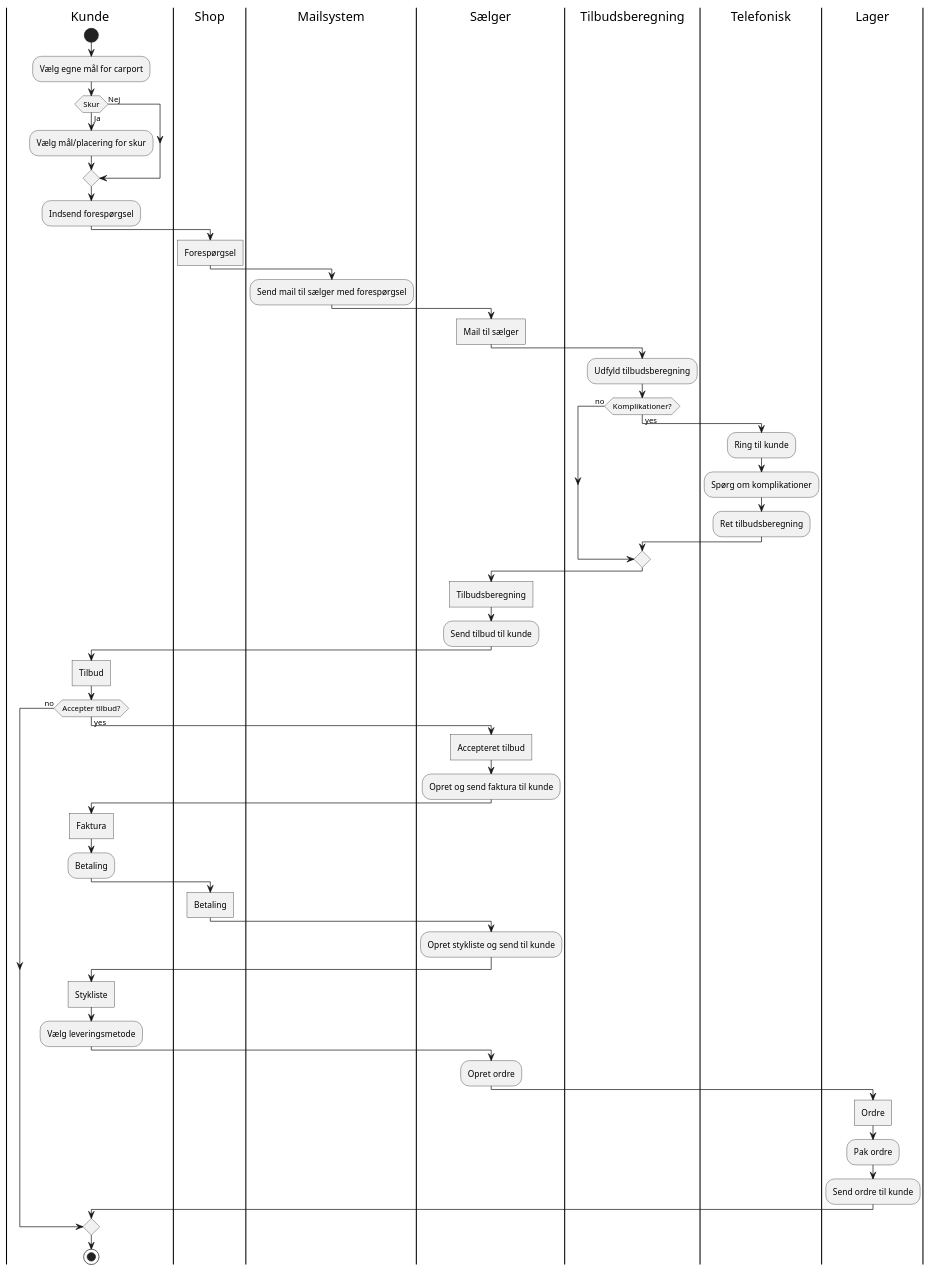
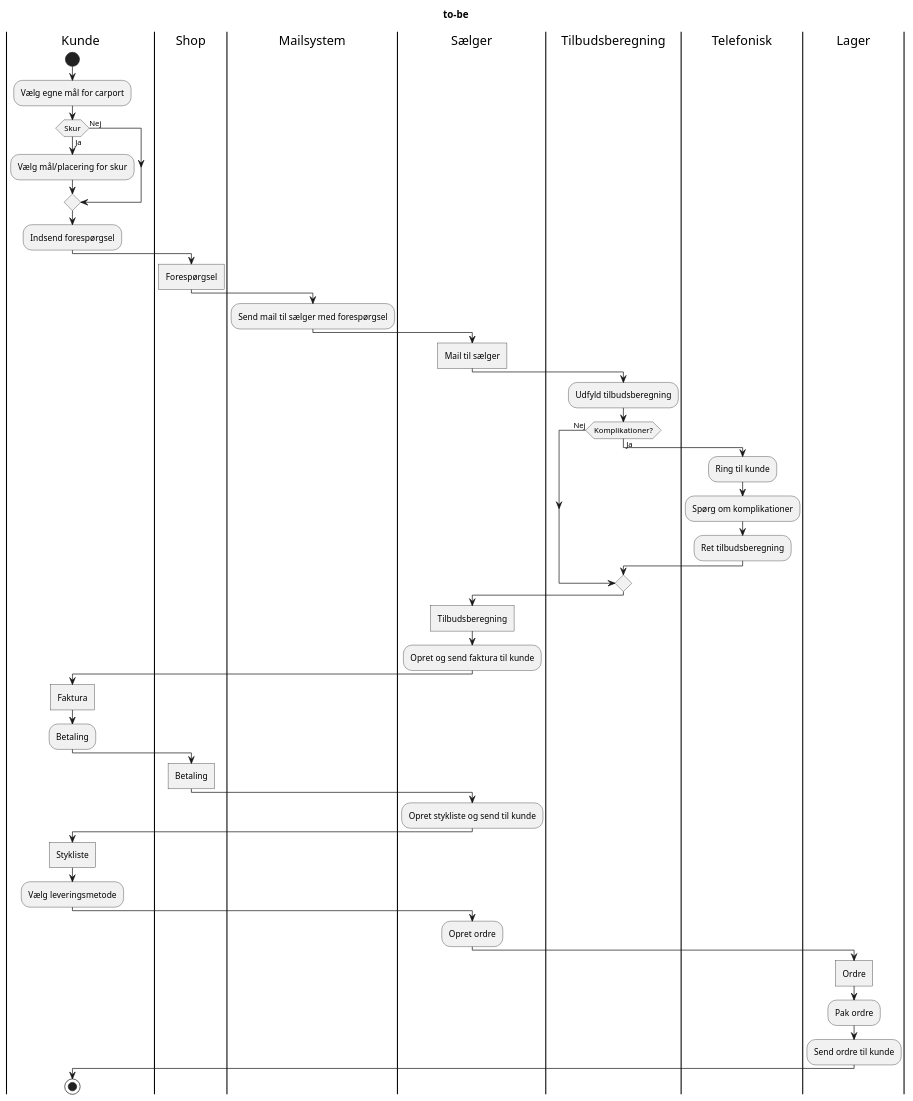
Before and after one commit to mbm1337/Carport: the diagram in models/aktivitetsdiagram.puml, drawn with PlantUML. The commit also changed 7 other files, not shown here.

Commit message:
Diagrams

```diff
--- a/models/aktivitetsdiagram.puml
+++ b/models/aktivitetsdiagram.puml
@@ -1,62 +1,56 @@
 @startuml
 'https://plantuml.com/activity-diagram-beta
 
+Title: to-be
 
 |Kunde|
 start
 :Vælg egne mål for carport;
 if(Skur) then (Ja)
 :Vælg mål/placering for skur;
 else (Nej)
 endif
 :Indsend forespørgsel;
 |Shop|
 :Forespørgsel]
 |Mailsystem|
 :Send mail til sælger med forespørgsel;
 |Sælger|
 :Mail til sælger]
 |Tilbudsberegning|
 :Udfyld tilbudsberegning;
-if (Komplikationer?) is (yes) then
+if (Komplikationer?) is (Ja) then
 |Telefonisk|
 :Ring til kunde;
 :Spørg om komplikationer;
 :Ret tilbudsberegning;
-else (no)
+else (Nej)
 endif
 |Sælger|
 :Tilbudsberegning]
-:Send tilbud til kunde;
-|Kunde|
-:Tilbud]
-if (Accepter tilbud?) is (yes) then
-|Sælger|
-:Accepteret tilbud]
 :Opret og send faktura til kunde;
 |Kunde|
 :Faktura]
 :Betaling;
 |Shop|
 :Betaling]
 |Sælger|
 :Opret stykliste og send til kunde;
 
 |Kunde|
 :Stykliste]
 :Vælg leveringsmetode;
 |Sælger|
 :Opret ordre;
 |Lager|
 :Ordre]
 :Pak ordre;
 :Send ordre til kunde;
-else (no)
-endif
+
 
 |Kunde|
 stop
 
 
 
 @enduml
```
